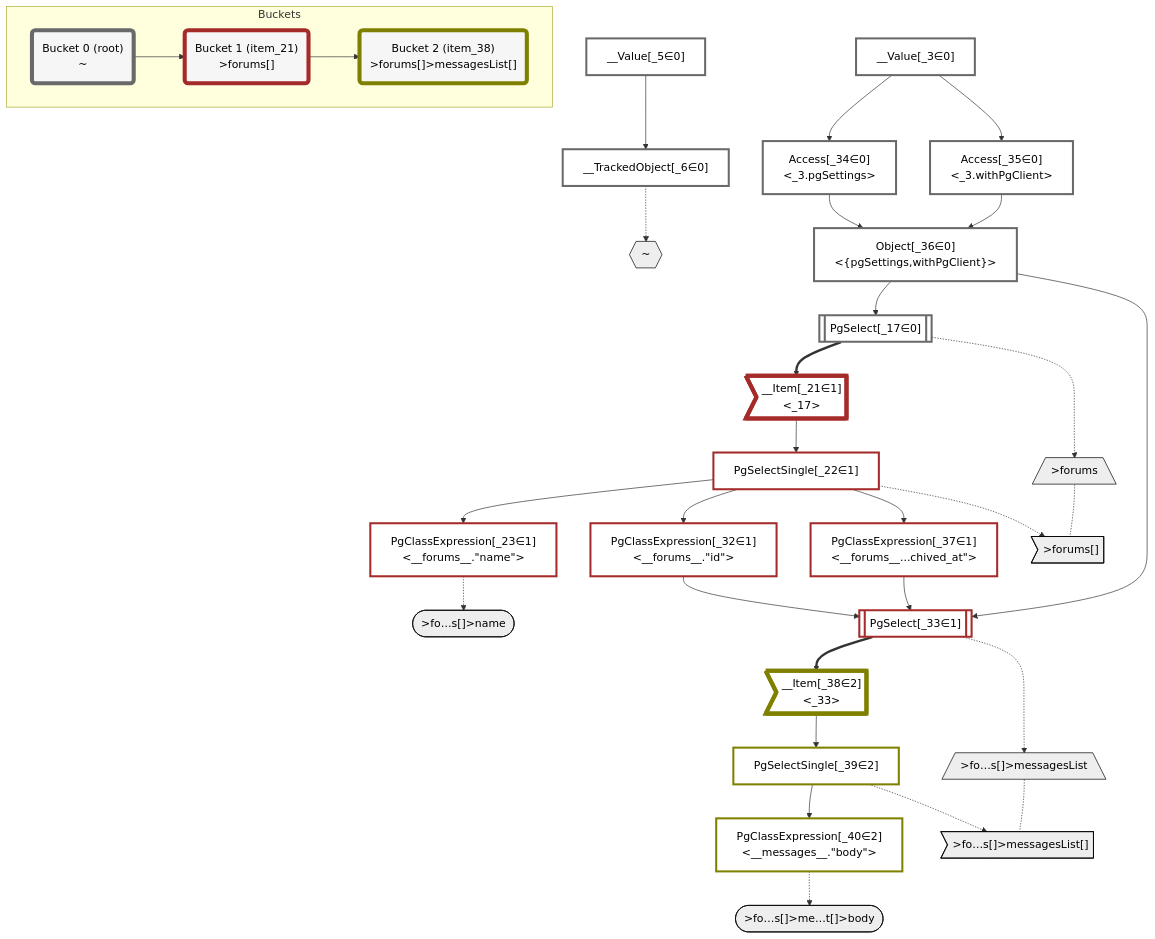
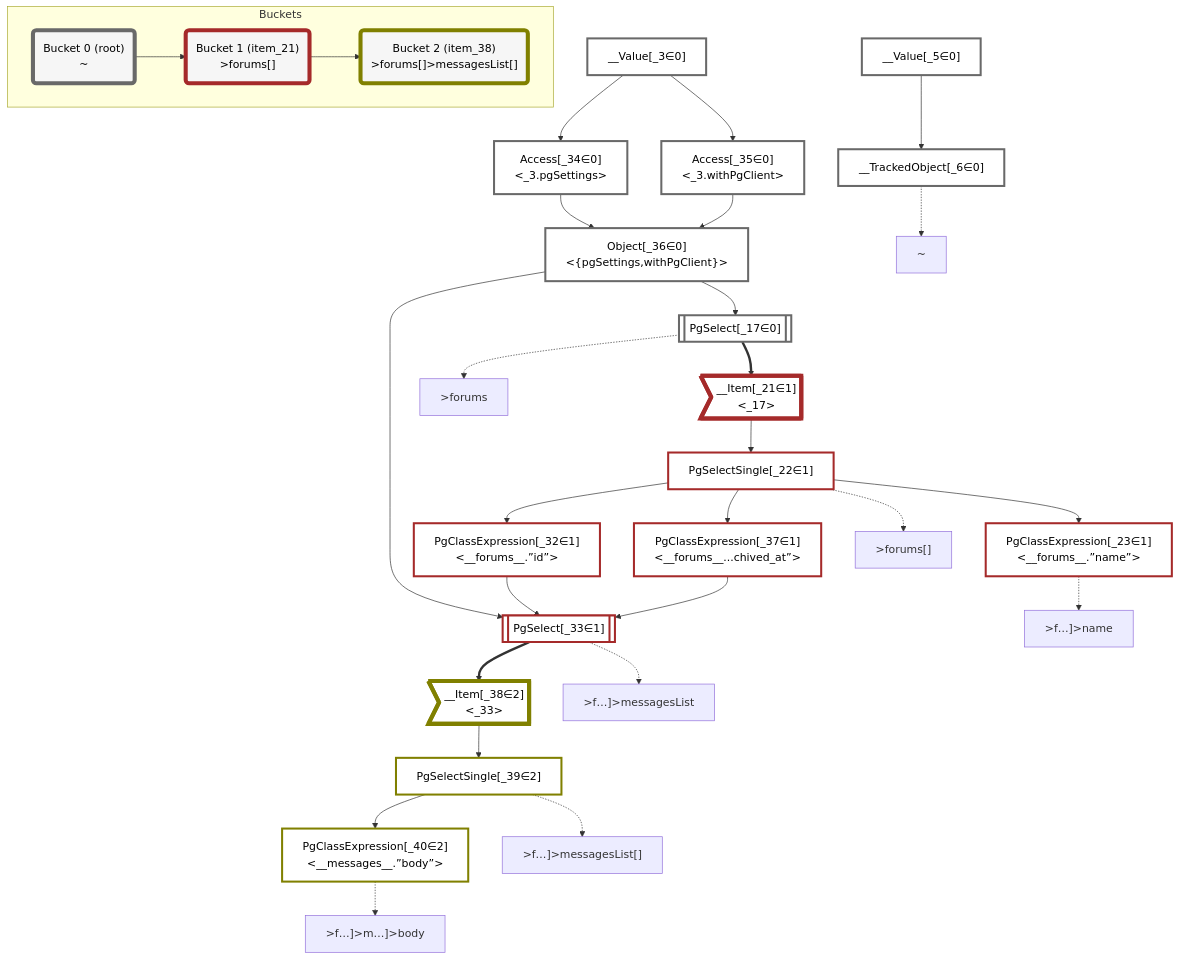
One commit to graphile/crystal changed the diagram in packages/dataplan-pg/__tests__/queries/conditions/basics.deopt.mermaid.md. Above: the diagram before and after it, drawn with Mermaid. The commit also changed 195 other files, not shown here.

```diff
--- a/packages/dataplan-pg/__tests__/queries/conditions/basics.deopt.mermaid.md
+++ b/packages/dataplan-pg/__tests__/queries/conditions/basics.deopt.mermaid.md
@@ -6,21 +6,6 @@
     classDef sideeffectplan fill:#f00,stroke-width:6px,color:#000
     classDef bucket fill:#f6f6f6,color:#000,stroke-width:6px
 
-    %% subgraph fields
-    P1{{"~"}}:::path
-    P2[/">forums"\]:::path
-    P3>">forums[]"]:::path
-    P2 -.- P3
-    P4([">fo…s[]>name"]):::path
-    %% P3 -.-> P4
-    P5[/">fo…s[]>messagesList"\]:::path
-    P6>">fo…s[]>messagesList[]"]:::path
-    P5 -.- P6
-    P7([">fo…s[]>me…t[]>body"]):::path
-    %% P6 -.-> P7
-    %% P3 -.-> P5
-    %% P1 -.-> P2
-    %% end
 
     %% define plans
     __Value_3["__Value[_3∈0]<br /><context>"]:::plan
@@ -29,16 +14,16 @@
     PgSelect_17[["PgSelect[_17∈0]<br /><forums>"]]:::plan
     __Item_21>"__Item[_21∈1]<br /><_17>"]:::itemplan
     PgSelectSingle_22["PgSelectSingle[_22∈1]<br /><forums>"]:::plan
-    PgClassExpression_23["PgClassExpression[_23∈1]<br /><__forums__.#quot;name#quot;>"]:::plan
-    PgClassExpression_32["PgClassExpression[_32∈1]<br /><__forums__.#quot;id#quot;>"]:::plan
+    PgClassExpression_23["PgClassExpression[_23∈1]<br /><__forums__.”name”>"]:::plan
+    PgClassExpression_32["PgClassExpression[_32∈1]<br /><__forums__.”id”>"]:::plan
     PgSelect_33[["PgSelect[_33∈1]<br /><messages>"]]:::plan
     Access_34["Access[_34∈0]<br /><_3.pgSettings>"]:::plan
     Access_35["Access[_35∈0]<br /><_3.withPgClient>"]:::plan
     Object_36["Object[_36∈0]<br /><{pgSettings,withPgClient}>"]:::plan
-    PgClassExpression_37["PgClassExpression[_37∈1]<br /><__forums__...chived_at#quot;>"]:::plan
+    PgClassExpression_37["PgClassExpression[_37∈1]<br /><__forums__...chived_at”>"]:::plan
     __Item_38>"__Item[_38∈2]<br /><_33>"]:::itemplan
     PgSelectSingle_39["PgSelectSingle[_39∈2]<br /><messages>"]:::plan
-    PgClassExpression_40["PgClassExpression[_40∈2]<br /><__messages__.#quot;body#quot;>"]:::plan
+    PgClassExpression_40["PgClassExpression[_40∈2]<br /><__messages__.”body”>"]:::plan
 
     %% plan dependencies
     __Value_5 --> __TrackedObject_6
@@ -60,12 +45,19 @@
     PgSelectSingle_39 --> PgClassExpression_40
 
     %% plan-to-path relationships
+    P1["~"]
     __TrackedObject_6 -.-> P1
+    P2[">forums"]
     PgSelect_17 -.-> P2
+    P3[">forums[]"]
     PgSelectSingle_22 -.-> P3
+    P4[">f…]>name"]
     PgClassExpression_23 -.-> P4
+    P5[">f…]>messagesList"]
     PgSelect_33 -.-> P5
+    P6[">f…]>messagesList[]"]
     PgSelectSingle_39 -.-> P6
+    P7[">f…]>m…]>body"]
     PgClassExpression_40 -.-> P7
 
     %% allocate buckets
```
